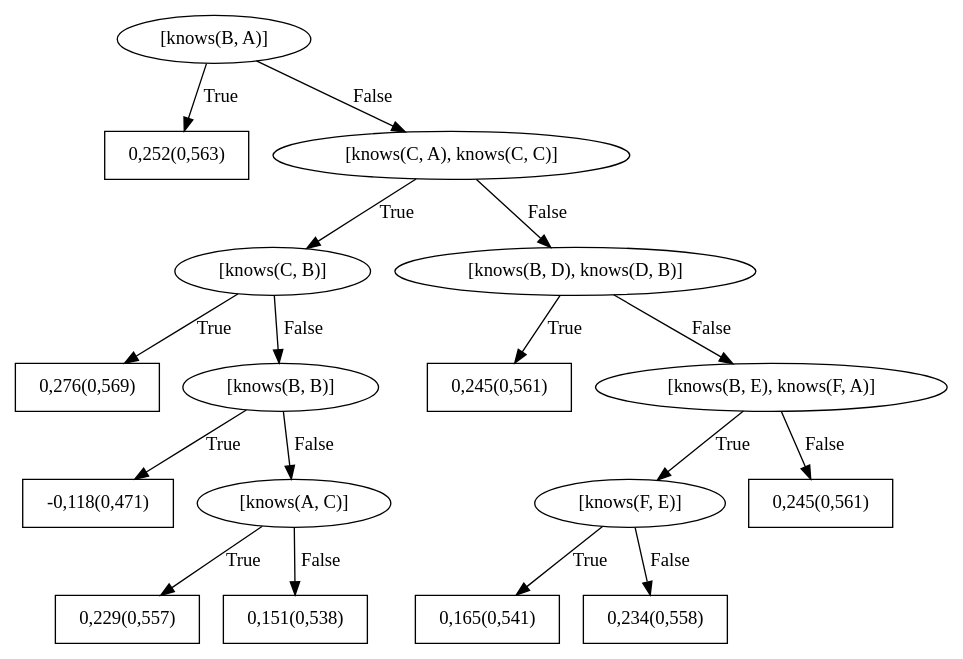
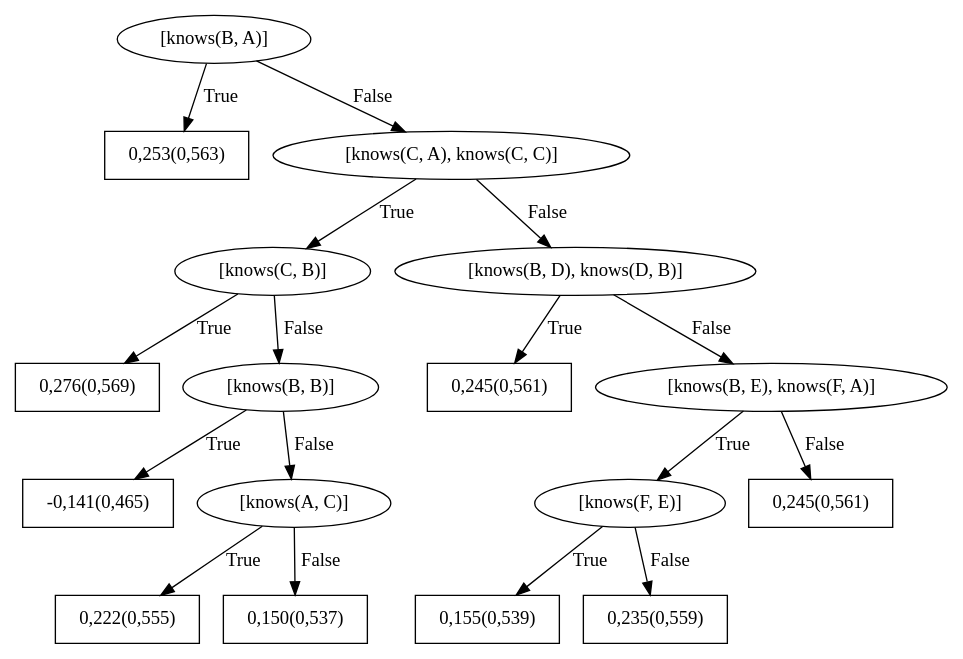
The diagram in SRLBoost/data/trust/train/models/bRDNs/dotFiles/WILLTreeFor_trusts5.dot (GabrielaPC/Trabalho-SRL), drawn with Graphviz before and after one commit. The commit also changed 63 other files, not shown here.

```diff
--- a/SRLBoost/data/trust/train/models/bRDNs/dotFiles/WILLTreeFor_trusts5.dot
+++ b/SRLBoost/data/trust/train/models/bRDNs/dotFiles/WILLTreeFor_trusts5.dot
@@ -1,35 +1,35 @@
 digraph G{ 
 1[label = "[knows(B, A)]"];
 1 -> 2[label="True"];
 1 -> 3[label="False"];
-2[shape = box,label = "0,252(0,563)"];
+2[shape = box,label = "0,253(0,563)"];
 3[label = "[knows(C, A), knows(C, C)]"];
 3 -> 4[label="True"];
 3 -> 5[label="False"];
 4[label = "[knows(C, B)]"];
 4 -> 6[label="True"];
 4 -> 7[label="False"];
 6[shape = box,label = "0,276(0,569)"];
 7[label = "[knows(B, B)]"];
 7 -> 8[label="True"];
 7 -> 9[label="False"];
-8[shape = box,label = "-0,118(0,471)"];
+8[shape = box,label = "-0,141(0,465)"];
 9[label = "[knows(A, C)]"];
 9 -> 10[label="True"];
 9 -> 11[label="False"];
-10[shape = box,label = "0,229(0,557)"];
-11[shape = box,label = "0,151(0,538)"];
+10[shape = box,label = "0,222(0,555)"];
+11[shape = box,label = "0,150(0,537)"];
 5[label = "[knows(B, D), knows(D, B)]"];
 5 -> 12[label="True"];
 5 -> 13[label="False"];
 12[shape = box,label = "0,245(0,561)"];
 13[label = "[knows(B, E), knows(F, A)]"];
 13 -> 14[label="True"];
 13 -> 15[label="False"];
 14[label = "[knows(F, E)]"];
 14 -> 16[label="True"];
 14 -> 17[label="False"];
-16[shape = box,label = "0,165(0,541)"];
-17[shape = box,label = "0,234(0,558)"];
+16[shape = box,label = "0,155(0,539)"];
+17[shape = box,label = "0,235(0,559)"];
 15[shape = box,label = "0,245(0,561)"];
 }
```
